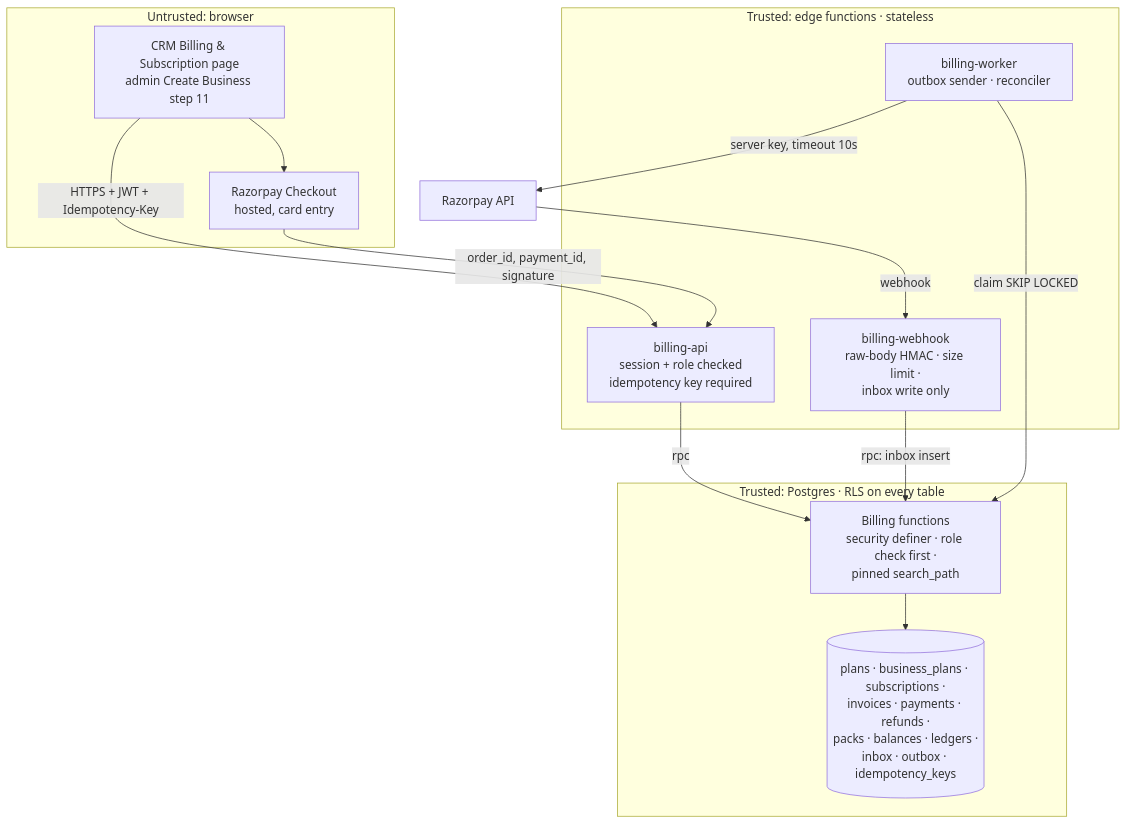
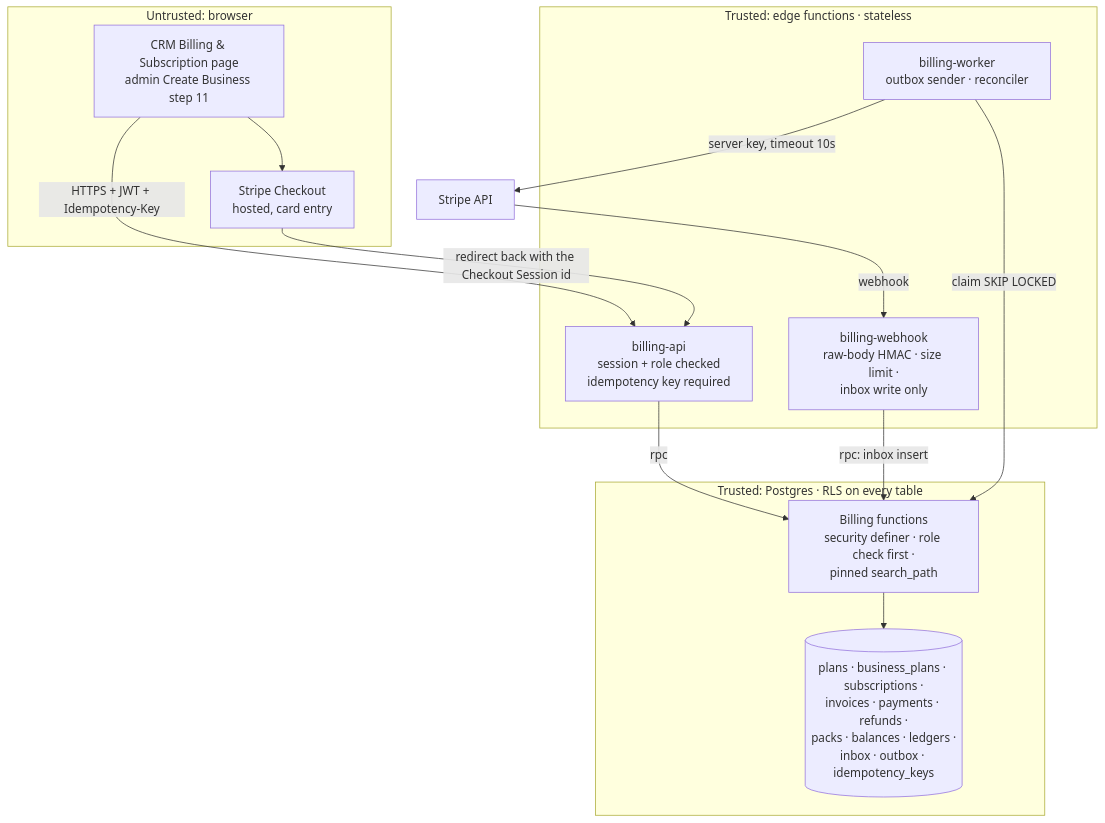
The second of 16 diagrams in docs/PAYMENTS_ARCHITECTURE.md (singhdhruv525-source/Zella-AI), drawn with Mermaid before and after one commit. The commit also changed other lines of this file and 3 other files, not shown here.

````diff
--- a/docs/PAYMENTS_ARCHITECTURE.md
+++ b/docs/PAYMENTS_ARCHITECTURE.md
@@ -71,25 +71,25 @@
 ```mermaid
 flowchart TB
   subgraph Browser[Untrusted: browser]
     UI[CRM Billing & Subscription page<br/>admin Create Business step 11]
-    RZJS[Razorpay Checkout<br/>hosted, card entry]
+    RZJS[Stripe Checkout<br/>hosted, card entry]
   end
   subgraph Edge[Trusted: edge functions · stateless]
     BAPI[billing-api<br/>session + role checked<br/>idempotency key required]
     BWH[billing-webhook<br/>raw-body HMAC · size limit ·<br/>inbox write only]
     BWK[billing-worker<br/>outbox sender · reconciler]
   end
   subgraph Data[Trusted: Postgres · RLS on every table]
     FN[Billing functions<br/>security definer · role check first ·<br/>pinned search_path]
     T[(plans · business_plans · subscriptions ·<br/>invoices · payments · refunds ·<br/>packs · balances · ledgers ·<br/>inbox · outbox · idempotency_keys)]
   end
-  RZ[Razorpay API]
+  RZ[Stripe API]
 
   UI -->|HTTPS + JWT + Idempotency-Key| BAPI
   UI --> RZJS
-  RZJS -->|order_id, payment_id, signature| BAPI
+  RZJS -->|redirect back with the Checkout Session id| BAPI
   BAPI -->|rpc| FN --> T
   RZ -->|webhook| BWH -->|rpc: inbox insert| FN
   BWK -->|claim SKIP LOCKED| FN
   BWK -->|server key, timeout 10s| RZ
 ```
````
